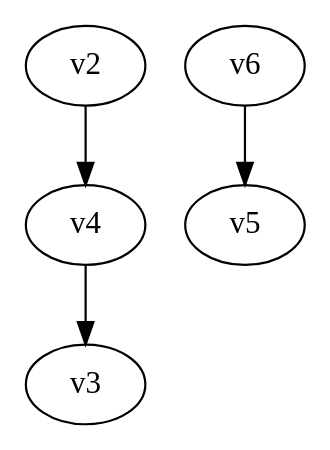
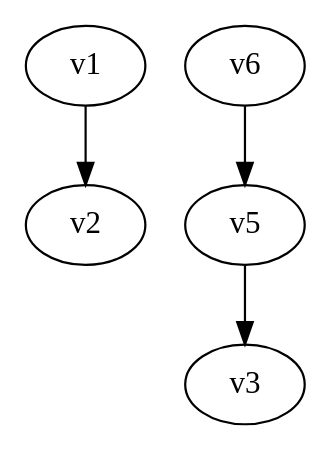
One commit to yadej/graph_project changed the diagram in digraph.dot. Above: the diagram before and after it, drawn with Graphviz. The commit also changed 4 other files, not shown here.

```diff
--- a/digraph.dot
+++ b/digraph.dot
@@ -1,4 +1,5 @@
 digraph G { 
-v2 -> v4 -> v3;
+v1 -> v2;
+v5 -> v3;
 v6 -> v5;
 }
```
